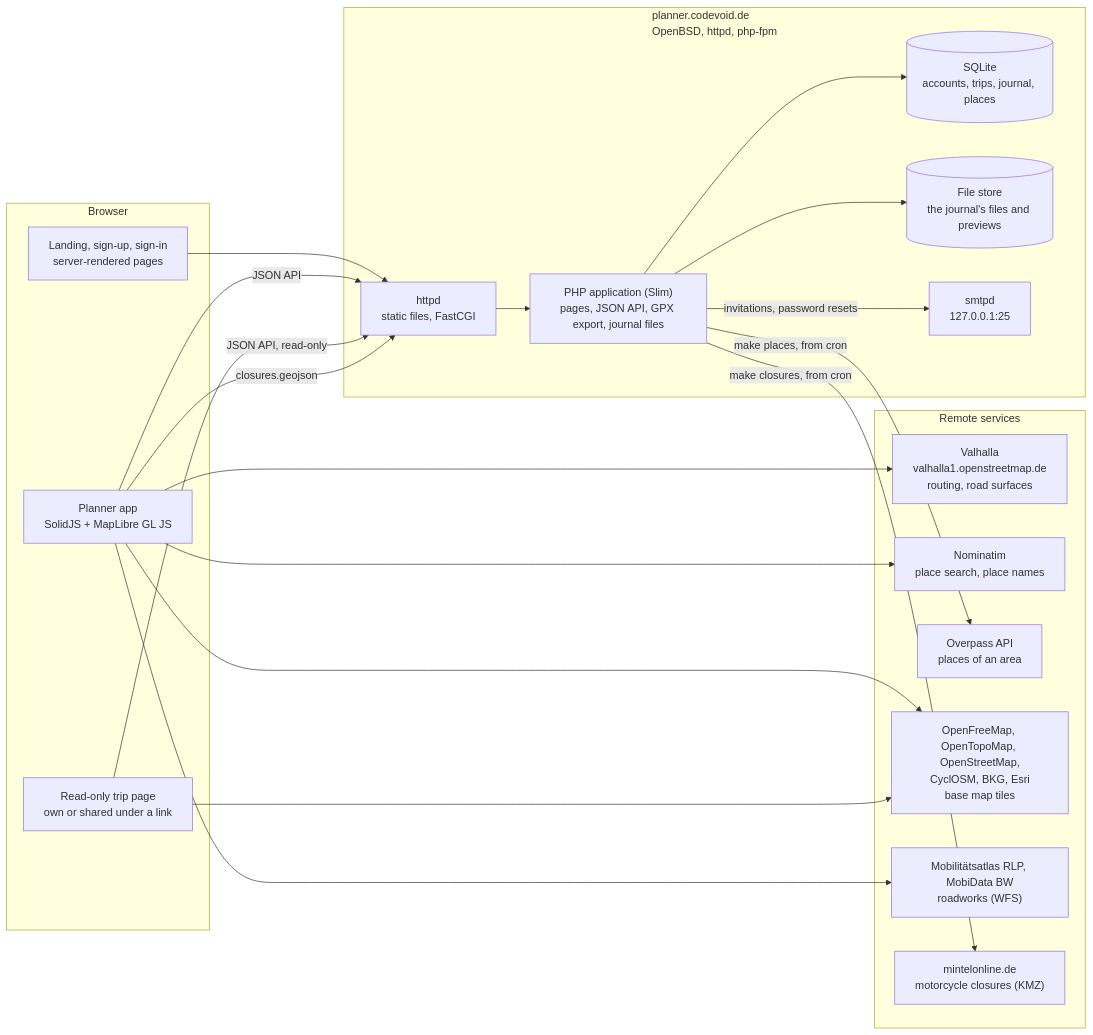
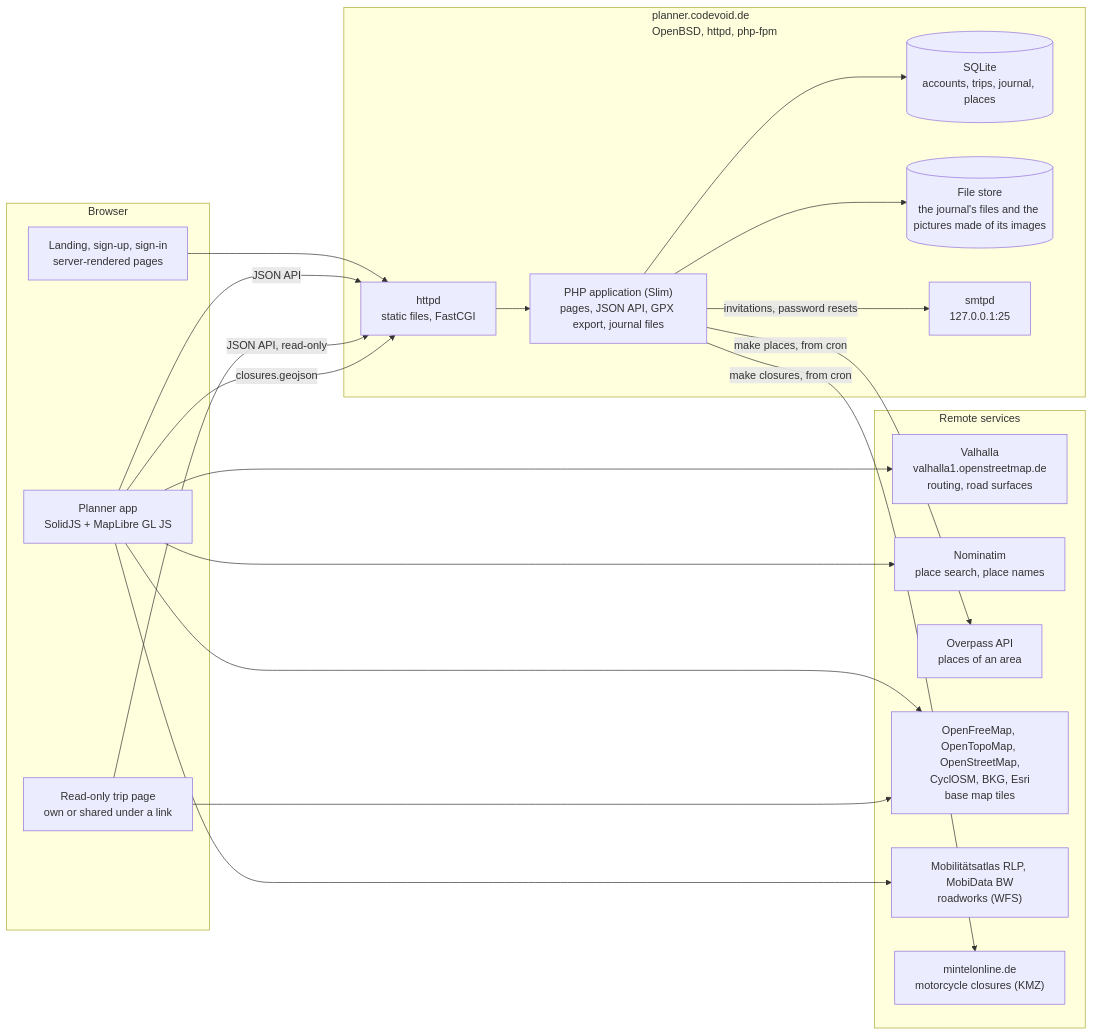
One commit to c0dev0id/TripPlanner changed the first of 3 diagrams in .github/architecture.md. Above: the diagram before and after it, drawn with Mermaid. The commit also changed other lines of this file and 15 other files, not shown here.

````diff
--- a/.github/architecture.md
+++ b/.github/architecture.md
@@ -8,38 +8,38 @@
 ```mermaid
 flowchart LR
   subgraph browser["Browser"]
     pages["Landing, sign-up, sign-in<br/>server-rendered pages"]
     app["Planner app<br/>SolidJS + MapLibre GL JS"]
     view["Read-only trip page<br/>own or shared under a link"]
   end
   subgraph server["planner.codevoid.de<br/>OpenBSD, httpd, php-fpm"]
     httpd["httpd<br/>static files, FastCGI"]
     php["PHP application (Slim)<br/>pages, JSON API, GPX export, journal files"]
     db[("SQLite<br/>accounts, trips, journal, places")]
-    files[("File store<br/>the journal's files and previews")]
+    files[("File store<br/>the journal's files and the pictures made of its images")]
     smtpd["smtpd<br/>127.0.0.1:25"]
   end
   subgraph remote["Remote services"]
     valhalla["Valhalla<br/>valhalla1.openstreetmap.de<br/>routing, road surfaces"]
     nominatim["Nominatim<br/>place search, place names"]
     overpass["Overpass API<br/>places of an area"]
     tiles["OpenFreeMap, OpenTopoMap, OpenStreetMap,<br/>CyclOSM, BKG, Esri<br/>base map tiles"]
     roadworks["Mobilitätsatlas RLP, MobiData BW<br/>roadworks (WFS)"]
     closures["mintelonline.de<br/>motorcycle closures (KMZ)"]
   end
   pages --> httpd
   app -->|JSON API| httpd
   view -->|JSON API, read-only| httpd
   httpd --> php
   php --> db
   php --> files
   php -->|invitations, password resets| smtpd
   app --> valhalla
   app --> nominatim
   php -->|make places, from cron| overpass
   app --> tiles
   app --> roadworks
   php -->|make closures, from cron| closures
   app -->|closures.geojson| httpd
   view --> tiles
 ```
````
